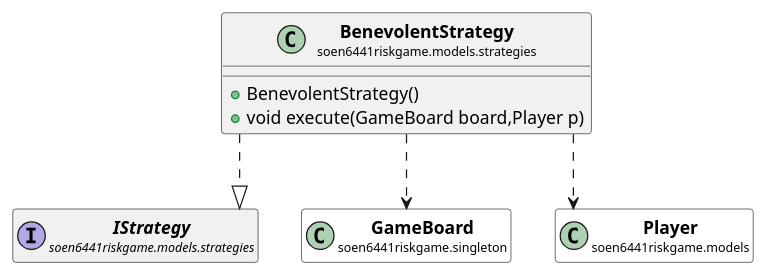
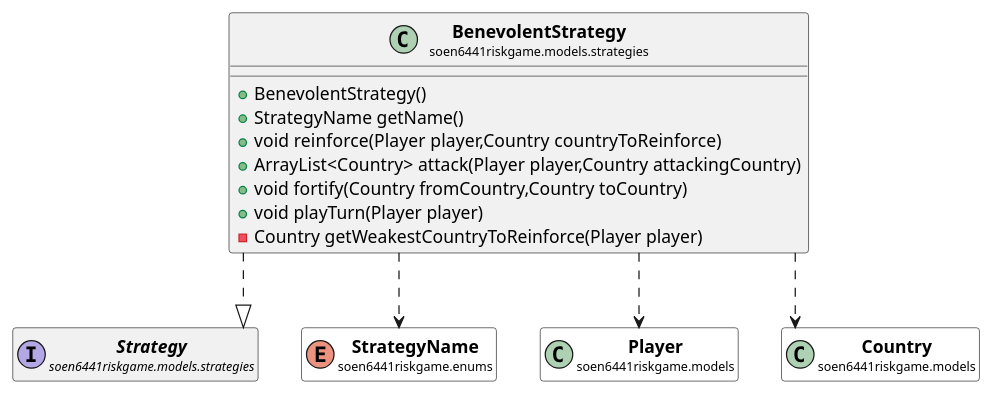
One commit to huntertran/soen6441-riskgame changed the diagram in docs/javadocs/soen6441riskgame/models/strategies/BenevolentStrategy.puml. Above: the diagram before and after it, drawn with PlantUML. The commit also changed 196 other files, not shown here.

```diff
--- a/docs/javadocs/soen6441riskgame/models/strategies/BenevolentStrategy.puml
+++ b/docs/javadocs/soen6441riskgame/models/strategies/BenevolentStrategy.puml
@@ -1,37 +1,51 @@
 @startuml
 
 skinparam svgLinkTarget _parent
 skinparam linetype ortho
 set namespaceSeparator none
 class "<b><size:14>BenevolentStrategy</b>\n<size:10>soen6441riskgame.models.strategies" as soen6441riskgame.models.strategies.BenevolentStrategy  [[../../../soen6441riskgame/models/strategies/BenevolentStrategy.html{soen6441riskgame.models.strategies.BenevolentStrategy}]] {
 +BenevolentStrategy()
-+void execute(GameBoard board,Player p)
++StrategyName getName()
++void reinforce(Player player,Country countryToReinforce)
++ArrayList<Country> attack(Player player,Country attackingCountry)
++void fortify(Country fromCountry,Country toCountry)
++void playTurn(Player player)
+-Country getWeakestCountryToReinforce(Player player)
 }
 
 
-interface "<b><size:14>IStrategy</b>\n<size:10>soen6441riskgame.models.strategies" as soen6441riskgame.models.strategies.IStrategy  [[../../../soen6441riskgame/models/strategies/IStrategy.html{soen6441riskgame.models.strategies.IStrategy}]] {
+interface "<b><size:14>Strategy</b>\n<size:10>soen6441riskgame.models.strategies" as soen6441riskgame.models.strategies.Strategy  [[../../../soen6441riskgame/models/strategies/Strategy.html{soen6441riskgame.models.strategies.Strategy}]] {
 }
 
-hide soen6441riskgame.models.strategies.IStrategy fields
-hide soen6441riskgame.models.strategies.IStrategy methods
+hide soen6441riskgame.models.strategies.Strategy fields
+hide soen6441riskgame.models.strategies.Strategy methods
 
-soen6441riskgame.models.strategies.BenevolentStrategy ..|> soen6441riskgame.models.strategies.IStrategy
+soen6441riskgame.models.strategies.BenevolentStrategy ..|> soen6441riskgame.models.strategies.Strategy
 
-class "<b><size:14>GameBoard</b>\n<size:10>soen6441riskgame.singleton" as soen6441riskgame.singleton.GameBoard  [[../../../soen6441riskgame/singleton/GameBoard.html{soen6441riskgame.singleton.GameBoard}]] #white {
+enum "<b><size:14>StrategyName</b>\n<size:10>soen6441riskgame.enums" as soen6441riskgame.enums.StrategyName  [[../../../soen6441riskgame/enums/StrategyName.html{soen6441riskgame.enums.StrategyName}]] #white {
 }
 
-hide soen6441riskgame.singleton.GameBoard fields
-hide soen6441riskgame.singleton.GameBoard methods
+hide soen6441riskgame.enums.StrategyName fields
+hide soen6441riskgame.enums.StrategyName methods
 
-soen6441riskgame.models.strategies.BenevolentStrategy ..> soen6441riskgame.singleton.GameBoard
+soen6441riskgame.models.strategies.BenevolentStrategy ..> soen6441riskgame.enums.StrategyName
 
 class "<b><size:14>Player</b>\n<size:10>soen6441riskgame.models" as soen6441riskgame.models.Player  [[../../../soen6441riskgame/models/Player.html{soen6441riskgame.models.Player}]] #white {
 }
 
 hide soen6441riskgame.models.Player fields
 hide soen6441riskgame.models.Player methods
 
 soen6441riskgame.models.strategies.BenevolentStrategy ..> soen6441riskgame.models.Player
 
+class "<b><size:14>Country</b>\n<size:10>soen6441riskgame.models" as soen6441riskgame.models.Country  [[../../../soen6441riskgame/models/Country.html{soen6441riskgame.models.Country}]] #white {
+}
+
+hide soen6441riskgame.models.Country fields
+hide soen6441riskgame.models.Country methods
+
+soen6441riskgame.models.strategies.BenevolentStrategy ..> soen6441riskgame.models.Country
+
+
 
 @enduml
```
